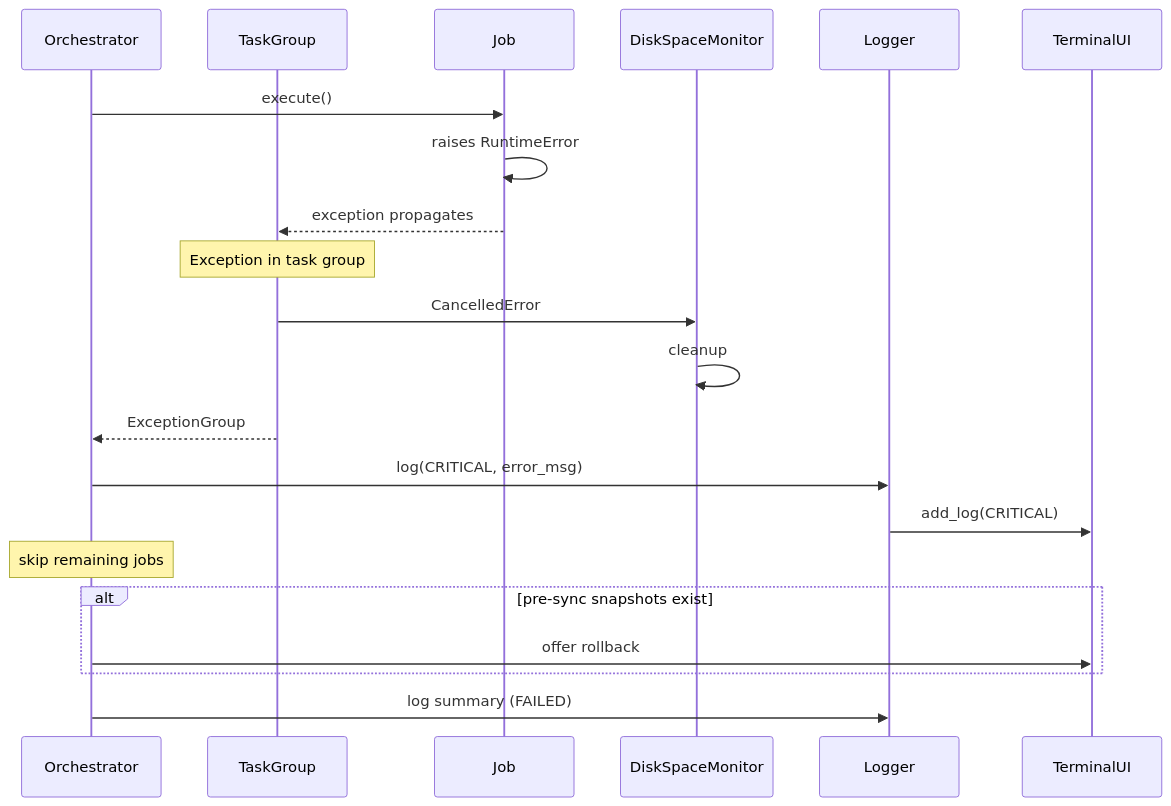
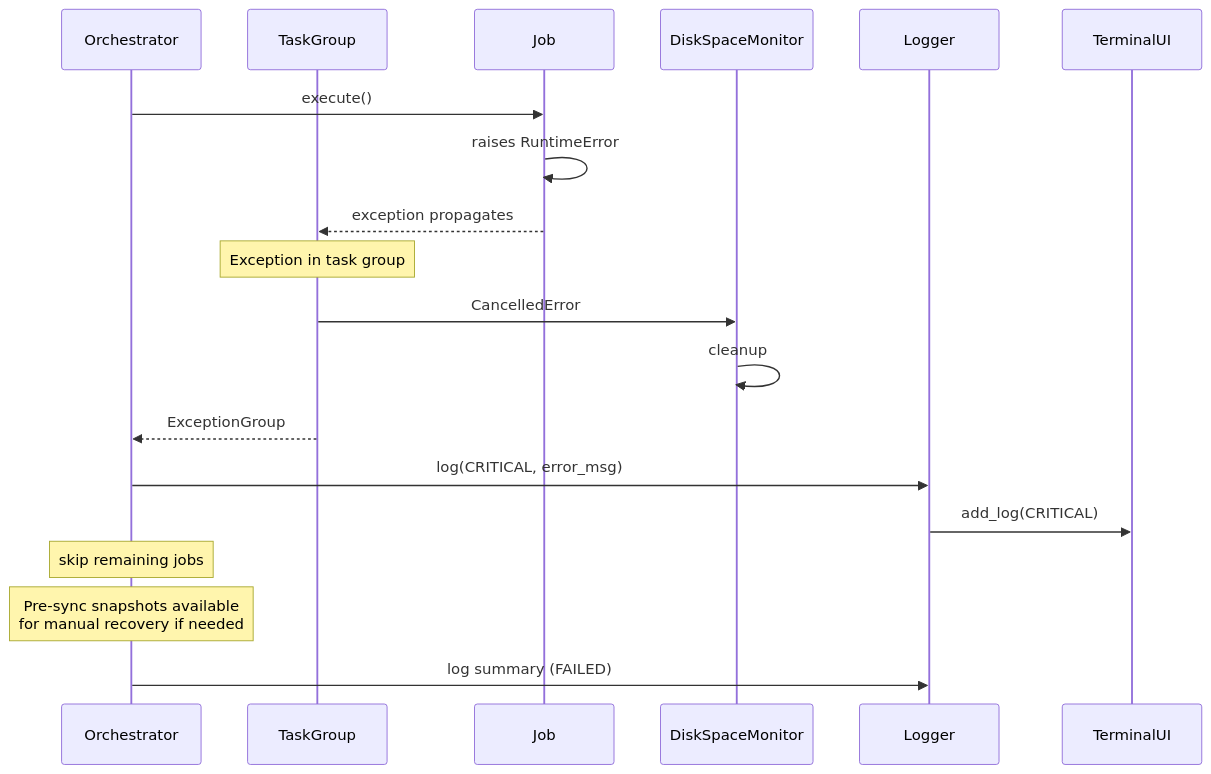
One commit to flaksit/pc-switcher changed the eighth of 21 diagrams in specs/001-foundation/architecture.md. Above: the diagram before and after it, drawn with Mermaid. The commit also changed other lines of this file and 3 other files, not shown here.

````diff
--- a/specs/001-foundation/architecture.md
+++ b/specs/001-foundation/architecture.md
@@ -603,30 +626,28 @@
 ```mermaid
 sequenceDiagram
     participant Orchestrator
     participant TaskGroup
     participant Job
     participant DiskSpaceMonitor
     participant Logger
     participant TerminalUI
 
     Orchestrator->>Job: execute()
     Job->>Job: raises RuntimeError
     Job-->>TaskGroup: exception propagates
 
     Note over TaskGroup: Exception in task group
     TaskGroup->>DiskSpaceMonitor: CancelledError
     DiskSpaceMonitor->>DiskSpaceMonitor: cleanup
 
     TaskGroup-->>Orchestrator: ExceptionGroup
 
     Orchestrator->>Logger: log(CRITICAL, error_msg)
     Logger->>TerminalUI: add_log(CRITICAL)
 
     Note over Orchestrator: skip remaining jobs
 
-    alt pre-sync snapshots exist
-        Orchestrator->>TerminalUI: offer rollback
-    end
+    Note over Orchestrator: Pre-sync snapshots available<br/>for manual recovery if needed
 
     Orchestrator->>Logger: log summary (FAILED)
 ```
````
